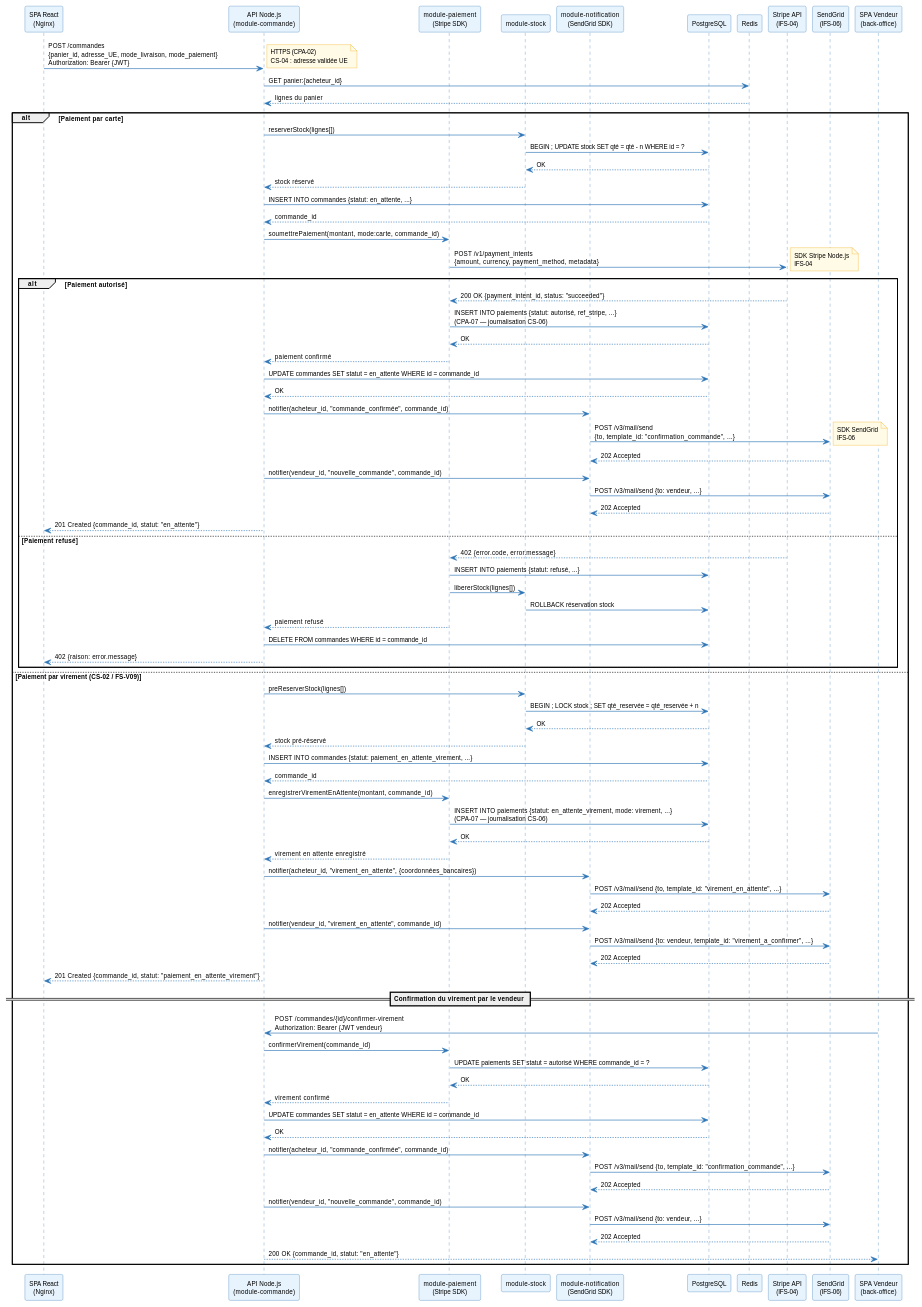
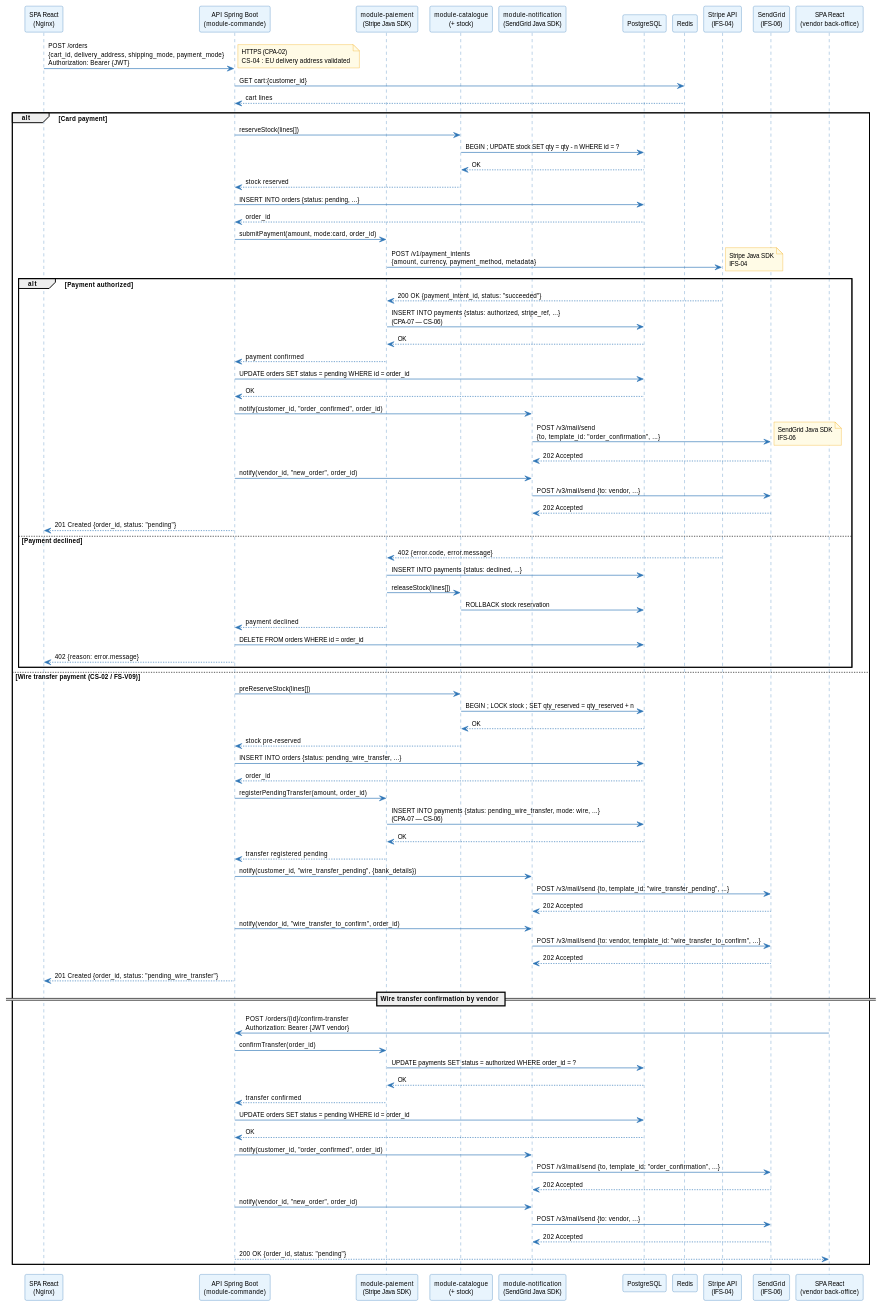
One commit to louistalvande/online_shop changed the third of 4 diagrams in architecture/04-physical-architecture/pa.adoc. Above: the diagram before and after it, drawn with PlantUML. The commit also changed other lines of this file, not shown here.

Commit message:
switch spring hib, api in eng

```diff
--- a/architecture/04-physical-architecture/pa.adoc
+++ b/architecture/04-physical-architecture/pa.adoc
@@ -310,108 +303,108 @@
 skinparam defaultFontSize 10
 
 participant "SPA React\n(Nginx)" as SPA
-participant "API Node.js\n(module-commande)" as API
-participant "module-paiement\n(Stripe SDK)" as PayMod
-participant "module-stock" as StockMod
-participant "module-notification\n(SendGrid SDK)" as NotifMod
+participant "API Spring Boot\n(module-commande)" as API
+participant "module-paiement\n(Stripe Java SDK)" as PayMod
+participant "module-catalogue\n(+ stock)" as CatalogMod
+participant "module-notification\n(SendGrid Java SDK)" as NotifMod
 participant "PostgreSQL" as PG
 participant "Redis" as Redis
 participant "Stripe API\n(IFS-04)" as Stripe
 participant "SendGrid\n(IFS-06)" as Mail
 
-SPA -> API : POST /commandes\n{panier_id, adresse_UE, mode_livraison, mode_paiement}\nAuthorization: Bearer {JWT}
-note right : HTTPS (CPA-02)\nCS-04 : adresse validée UE
+SPA -> API : POST /orders\n{cart_id, delivery_address, shipping_mode, payment_mode}\nAuthorization: Bearer {JWT}
+note right : HTTPS (CPA-02)\nCS-04 : EU delivery address validated
 
-API -> Redis : GET panier:{acheteur_id}
-Redis --> API : lignes du panier
+API -> Redis : GET cart:{customer_id}
+Redis --> API : cart lines
 
-alt Paiement par carte
-  API -> StockMod : reserverStock(lignes[])
-  StockMod -> PG : BEGIN ; UPDATE stock SET qté = qté - n WHERE id = ?
-  PG --> StockMod : OK
-  StockMod --> API : stock réservé
+alt Card payment
+  API -> CatalogMod : reserveStock(lines[])
+  CatalogMod -> PG : BEGIN ; UPDATE stock SET qty = qty - n WHERE id = ?
+  PG --> CatalogMod : OK
+  CatalogMod --> API : stock reserved
 
-  API -> PG : INSERT INTO commandes {statut: en_attente, ...}
-  PG --> API : commande_id
+  API -> PG : INSERT INTO orders {status: pending, ...}
+  PG --> API : order_id
 
-  API -> PayMod : soumettrePaiement(montant, mode:carte, commande_id)
+  API -> PayMod : submitPayment(amount, mode:card, order_id)
   PayMod -> Stripe : POST /v1/payment_intents\n{amount, currency, payment_method, metadata}
-  note right : SDK Stripe Node.js\nIFS-04
+  note right : Stripe Java SDK\nIFS-04
 
-  alt Paiement autorisé
+  alt Payment authorized
     Stripe --> PayMod : 200 OK {payment_intent_id, status: "succeeded"}
-    PayMod -> PG : INSERT INTO paiements {statut: autorisé, ref_stripe, ...}\n(CPA-07 — journalisation CS-06)
+    PayMod -> PG : INSERT INTO payments {status: authorized, stripe_ref, ...}\n(CPA-07 — CS-06)
     PG --> PayMod : OK
-    PayMod --> API : paiement confirmé
+    PayMod --> API : payment confirmed
 
-    API -> PG : UPDATE commandes SET statut = en_attente WHERE id = commande_id
+    API -> PG : UPDATE orders SET status = pending WHERE id = order_id
     PG --> API : OK
 
-    API -> NotifMod : notifier(acheteur_id, "commande_confirmée", commande_id)
-    NotifMod -> Mail : POST /v3/mail/send\n{to, template_id: "confirmation_commande", ...}
-    note right : SDK SendGrid\nIFS-06
+    API -> NotifMod : notify(customer_id, "order_confirmed", order_id)
+    NotifMod -> Mail : POST /v3/mail/send\n{to, template_id: "order_confirmation", ...}
+    note right : SendGrid Java SDK\nIFS-06
     Mail --> NotifMod : 202 Accepted
 
-    API -> NotifMod : notifier(vendeur_id, "nouvelle_commande", commande_id)
-    NotifMod -> Mail : POST /v3/mail/send {to: vendeur, ...}
+    API -> NotifMod : notify(vendor_id, "new_order", order_id)
+    NotifMod -> Mail : POST /v3/mail/send {to: vendor, ...}
     Mail --> NotifMod : 202 Accepted
 
-    API --> SPA : 201 Created {commande_id, statut: "en_attente"}
+    API --> SPA : 201 Created {order_id, status: "pending"}
 
-  else Paiement refusé
+  else Payment declined
     Stripe --> PayMod : 402 {error.code, error.message}
-    PayMod -> PG : INSERT INTO paiements {statut: refusé, ...}
-    PayMod -> StockMod : libererStock(lignes[])
-    StockMod -> PG : ROLLBACK réservation stock
-    PayMod --> API : paiement refusé
-    API -> PG : DELETE FROM commandes WHERE id = commande_id
-    API --> SPA : 402 {raison: error.message}
+    PayMod -> PG : INSERT INTO payments {status: declined, ...}
+    PayMod -> CatalogMod : releaseStock(lines[])
+    CatalogMod -> PG : ROLLBACK stock reservation
+    PayMod --> API : payment declined
+    API -> PG : DELETE FROM orders WHERE id = order_id
+    API --> SPA : 402 {reason: error.message}
   end
 
-else Paiement par virement (CS-02 / FS-V09)
-  API -> StockMod : preReserverStock(lignes[])
-  StockMod -> PG : BEGIN ; LOCK stock ; SET qté_reservée = qté_reservée + n
-  PG --> StockMod : OK
-  StockMod --> API : stock pré-réservé
+else Wire transfer payment (CS-02 / FS-V09)
+  API -> CatalogMod : preReserveStock(lines[])
+  CatalogMod -> PG : BEGIN ; LOCK stock ; SET qty_reserved = qty_reserved + n
+  PG --> CatalogMod : OK
+  CatalogMod --> API : stock pre-reserved
 
-  API -> PG : INSERT INTO commandes {statut: paiement_en_attente_virement, ...}
-  PG --> API : commande_id
+  API -> PG : INSERT INTO orders {status: pending_wire_transfer, ...}
+  PG --> API : order_id
 
-  API -> PayMod : enregistrerVirementEnAttente(montant, commande_id)
-  PayMod -> PG : INSERT INTO paiements {statut: en_attente_virement, mode: virement, ...}\n(CPA-07 — journalisation CS-06)
+  API -> PayMod : registerPendingTransfer(amount, order_id)
+  PayMod -> PG : INSERT INTO payments {status: pending_wire_transfer, mode: wire, ...}\n(CPA-07 — CS-06)
   PG --> PayMod : OK
-  PayMod --> API : virement en attente enregistré
+  PayMod --> API : transfer registered pending
 
-  API -> NotifMod : notifier(acheteur_id, "virement_en_attente", {coordonnées_bancaires})
-  NotifMod -> Mail : POST /v3/mail/send {to, template_id: "virement_en_attente", ...}
+  API -> NotifMod : notify(customer_id, "wire_transfer_pending", {bank_details})
+  NotifMod -> Mail : POST /v3/mail/send {to, template_id: "wire_transfer_pending", ...}
   Mail --> NotifMod : 202 Accepted
 
-  API -> NotifMod : notifier(vendeur_id, "virement_en_attente", commande_id)
-  NotifMod -> Mail : POST /v3/mail/send {to: vendeur, template_id: "virement_a_confirmer", ...}
+  API -> NotifMod : notify(vendor_id, "wire_transfer_to_confirm", order_id)
+  NotifMod -> Mail : POST /v3/mail/send {to: vendor, template_id: "wire_transfer_to_confirm", ...}
   Mail --> NotifMod : 202 Accepted
 
-  API --> SPA : 201 Created {commande_id, statut: "paiement_en_attente_virement"}
+  API --> SPA : 201 Created {order_id, status: "pending_wire_transfer"}
 
-  == Confirmation du virement par le vendeur ==
-  participant "SPA Vendeur\n(back-office)" as SPAVendor
-  SPAVendor -> API : POST /commandes/{id}/confirmer-virement\nAuthorization: Bearer {JWT vendeur}
+  == Wire transfer confirmation by vendor ==
+  participant "SPA React\n(vendor back-office)" as SPAVendor
+  SPAVendor -> API : POST /orders/{id}/confirm-transfer\nAuthorization: Bearer {JWT vendor}
 
-  API -> PayMod : confirmerVirement(commande_id)
-  PayMod -> PG : UPDATE paiements SET statut = autorisé WHERE commande_id = ?
+  API -> PayMod : confirmTransfer(order_id)
+  PayMod -> PG : UPDATE payments SET status = authorized WHERE order_id = ?
   PG --> PayMod : OK
-  PayMod --> API : virement confirmé
+  PayMod --> API : transfer confirmed
 
-  API -> PG : UPDATE commandes SET statut = en_attente WHERE id = commande_id
+  API -> PG : UPDATE orders SET status = pending WHERE id = order_id
   PG --> API : OK
 
-  API -> NotifMod : notifier(acheteur_id, "commande_confirmée", commande_id)
-  NotifMod -> Mail : POST /v3/mail/send {to, template_id: "confirmation_commande", ...}
+  API -> NotifMod : notify(customer_id, "order_confirmed", order_id)
+  NotifMod -> Mail : POST /v3/mail/send {to, template_id: "order_confirmation", ...}
   Mail --> NotifMod : 202 Accepted
 
-  API -> NotifMod : notifier(vendeur_id, "nouvelle_commande", commande_id)
-  NotifMod -> Mail : POST /v3/mail/send {to: vendeur, ...}
+  API -> NotifMod : notify(vendor_id, "new_order", order_id)
+  NotifMod -> Mail : POST /v3/mail/send {to: vendor, ...}
   Mail --> NotifMod : 202 Accepted
 
-  API --> SPAVendor : 200 OK {commande_id, statut: "en_attente"}
+  API --> SPAVendor : 200 OK {order_id, status: "pending"}
 end
 ----
```
